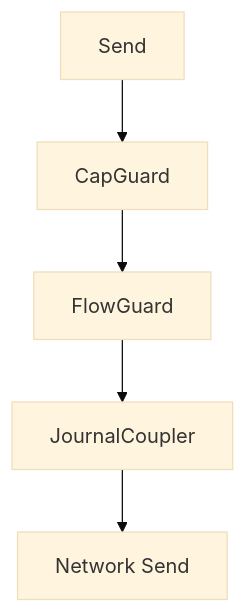
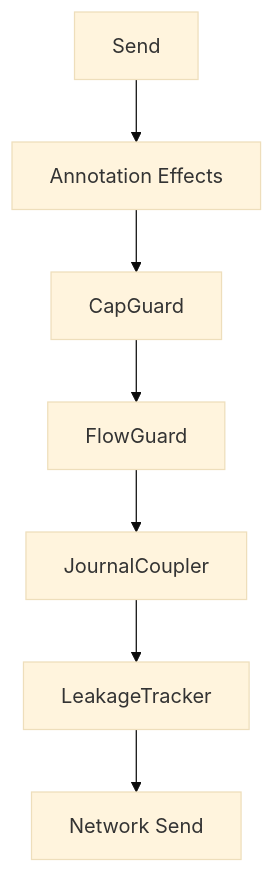
Before and after one commit to hxrts/aura: the diagram in docs/107_mpst_and_choreography.md, drawn with Mermaid (base theme). The commit also changed other lines of this file and 293 other files, not shown here.

````diff
--- a/docs/107_mpst_and_choreography.md
+++ b/docs/107_mpst_and_choreography.md
@@ -73,7 +129,9 @@
 ```mermaid
 graph TD
-    S[Send] --> C[CapGuard];
+    S[Send] --> A[Annotation Effects];
+    A --> C[CapGuard];
     C --> F[FlowGuard];
     F --> J[JournalCoupler];
-    J --> N[Network Send];
+    J --> L[LeakageTracker];
+    L --> N[Network Send];
 ```
````
